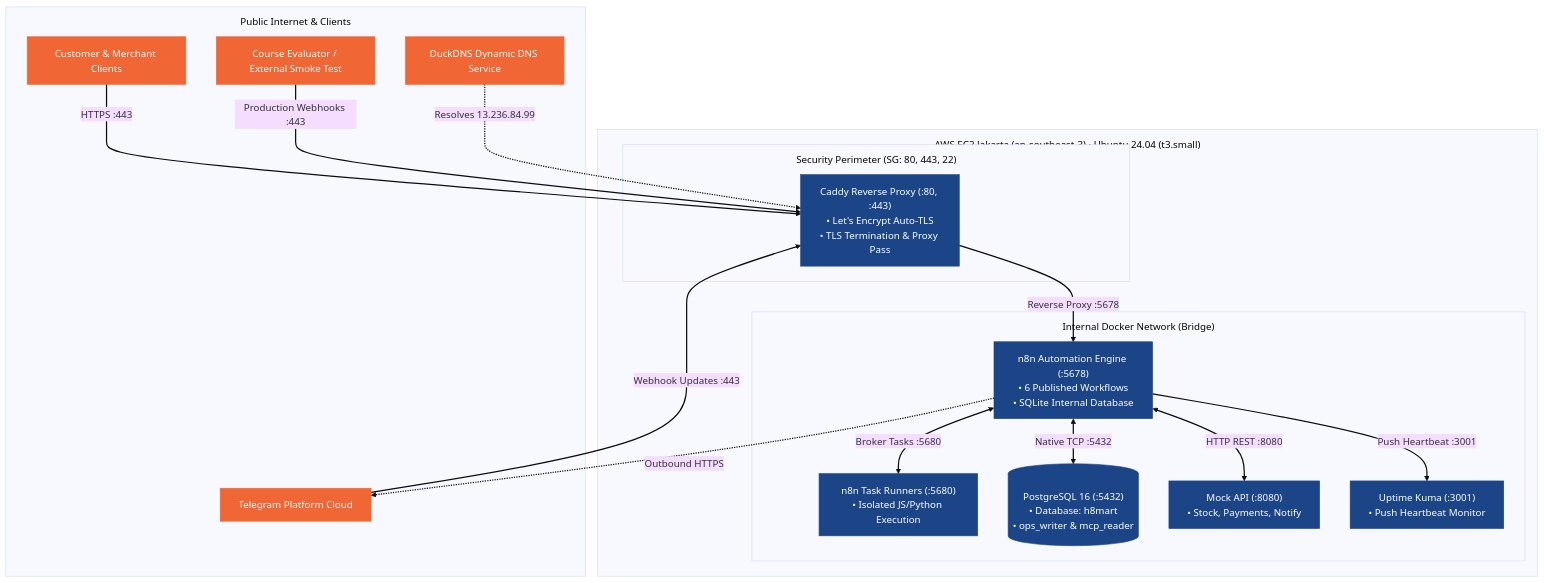
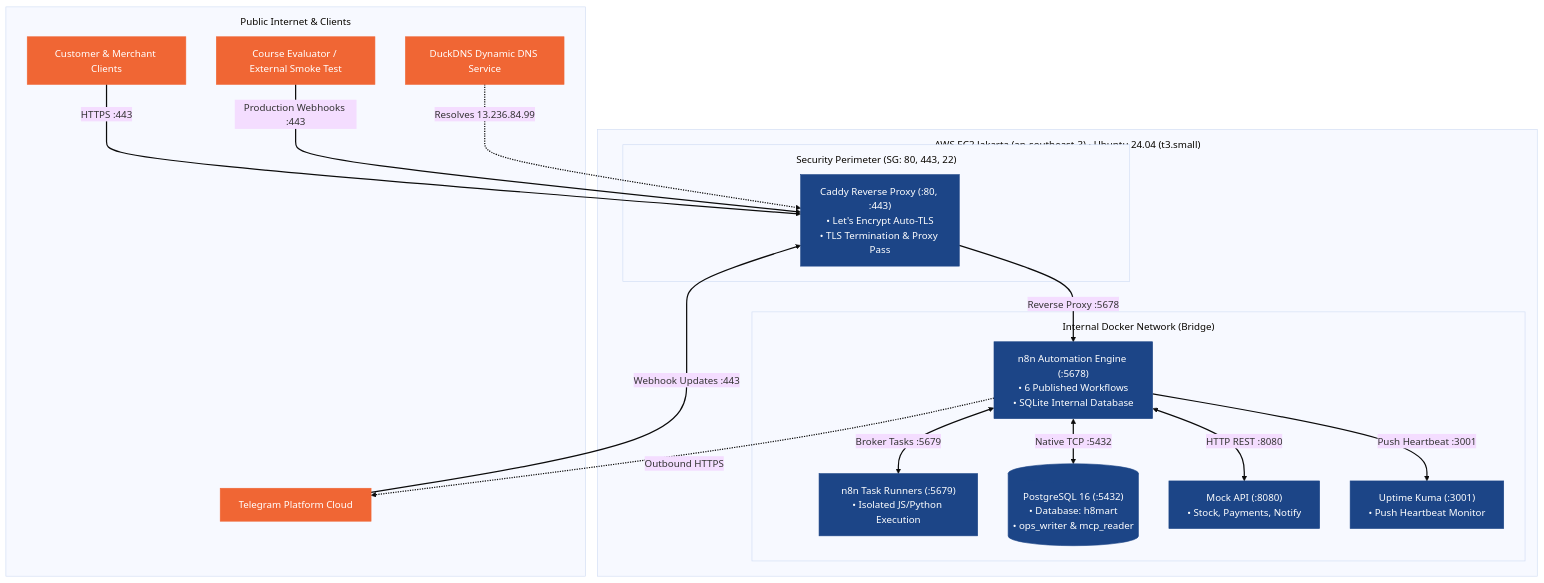
Before and after one commit to EkoriantoChan/h8mart-ops: the diagram in docs/03-tco-deployment.md, drawn with Mermaid (base theme). The commit also changed 3 other files, not shown here.

````diff
--- a/docs/03-tco-deployment.md
+++ b/docs/03-tco-deployment.md
@@ -83,49 +83,49 @@
 ```mermaid
 ---
 config:
   look: classic
   flowchart:
     subGraphTitleMargin:
       top: 12
       bottom: 12
 ---
 flowchart TD
     subgraph INTERNET["Public Internet & Clients"]
         USER["Customer & Merchant Clients"]
         TG_PLATFORM["Telegram Platform Cloud"]
         EVALUATOR["Course Evaluator / External Smoke Test"]
         DUCKDNS["DuckDNS Dynamic DNS Service"]
     end
 
     subgraph AWS_EC2["AWS EC2 Jakarta (ap-southeast-3) · Ubuntu 24.04 (t3.small)"]
         subgraph PERIMETER["Security Perimeter (SG: 80, 443, 22)"]
             CADDY["Caddy Reverse Proxy (:80, :443)<br/>• Let's Encrypt Auto-TLS<br/>• TLS Termination & Proxy Pass"]
         end
 
         subgraph DOCKER_NET["Internal Docker Network (Bridge)"]
             N8N["n8n Automation Engine (:5678)<br/>• 6 Published Workflows<br/>• SQLite Internal Database"]
-            RUNNERS["n8n Task Runners (:5680)<br/>• Isolated JS/Python Execution"]
+            RUNNERS["n8n Task Runners (:5679)<br/>• Isolated JS/Python Execution"]
             POSTGRES[("PostgreSQL 16 (:5432)<br/>• Database: h8mart<br/>• ops_writer & mcp_reader")]
             MOCK_API["Mock API (:8080)<br/>• Stock, Payments, Notify"]
             KUMA["Uptime Kuma (:3001)<br/>• Push Heartbeat Monitor"]
         end
     end
 
     USER -->|HTTPS :443| CADDY
     TG_PLATFORM -->|Webhook Updates :443| CADDY
     EVALUATOR -->|Production Webhooks :443| CADDY
     DUCKDNS -.->|Resolves 13.236.84.99| CADDY
 
     CADDY -->|Reverse Proxy :5678| N8N
-    N8N <-->|Broker Tasks :5680| RUNNERS
+    N8N <-->|Broker Tasks :5679| RUNNERS
     N8N <-->|Native TCP :5432| POSTGRES
     N8N <-->|HTTP REST :8080| MOCK_API
     N8N -->|Push Heartbeat :3001| KUMA
     N8N -.->|Outbound HTTPS| TG_PLATFORM
 
     linkStyle default stroke-width:2px
     classDef navy fill:#1C4587,stroke:#1C4587,color:#FFFFFF
     classDef orange fill:#F06634,stroke:#F06634,color:#FFFFFF
     class USER,TG_PLATFORM,EVALUATOR,DUCKDNS orange
     class CADDY,N8N,RUNNERS,POSTGRES,MOCK_API,KUMA navy
 ```
````
